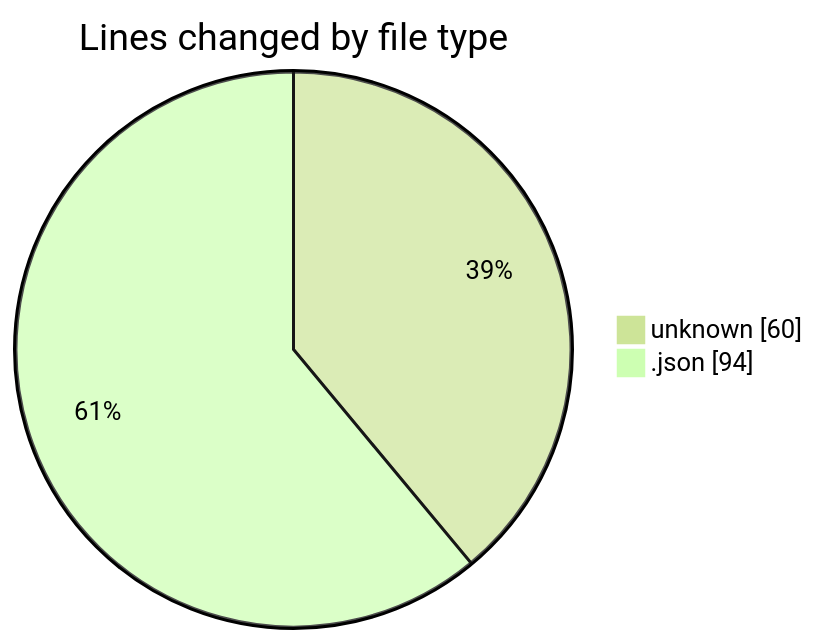
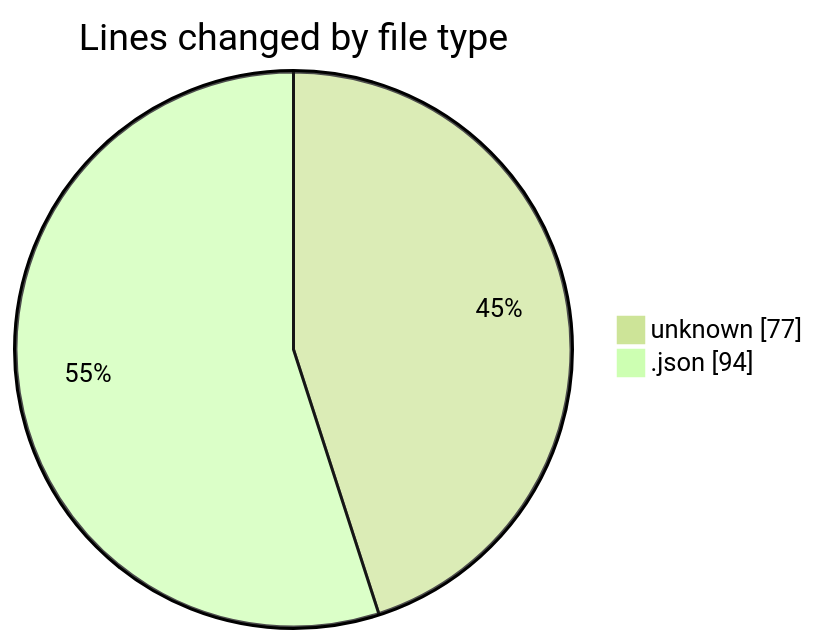
The first of 2 diagrams in 2025-07-24/cohera/README.md (JenPaints/code-tracking), drawn with Mermaid (forest theme) before and after one commit. The commit also changed other lines of this file and 1 other file, not shown here.

````diff
--- a/2025-07-24/cohera/README.md
+++ b/2025-07-24/cohera/README.md
@@ -23,6 +24,6 @@
 ```mermaid
 pie showData
 title Lines changed by file type
-"unknown" : 60
+"unknown" : 77
 ".json" : 94
 ```
````
